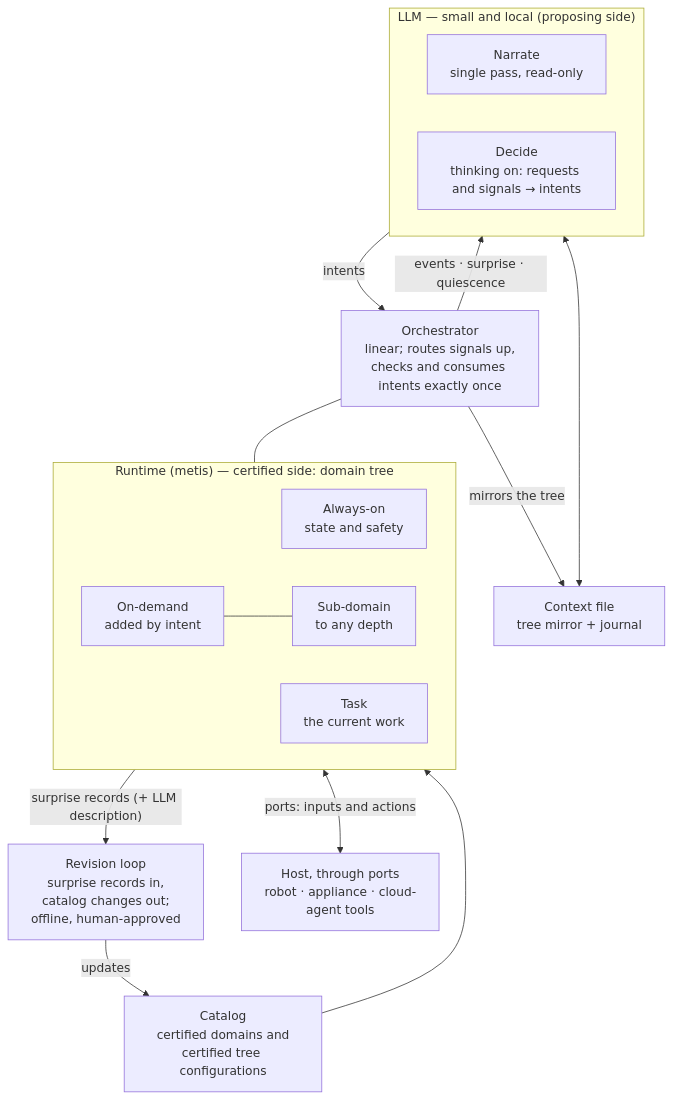
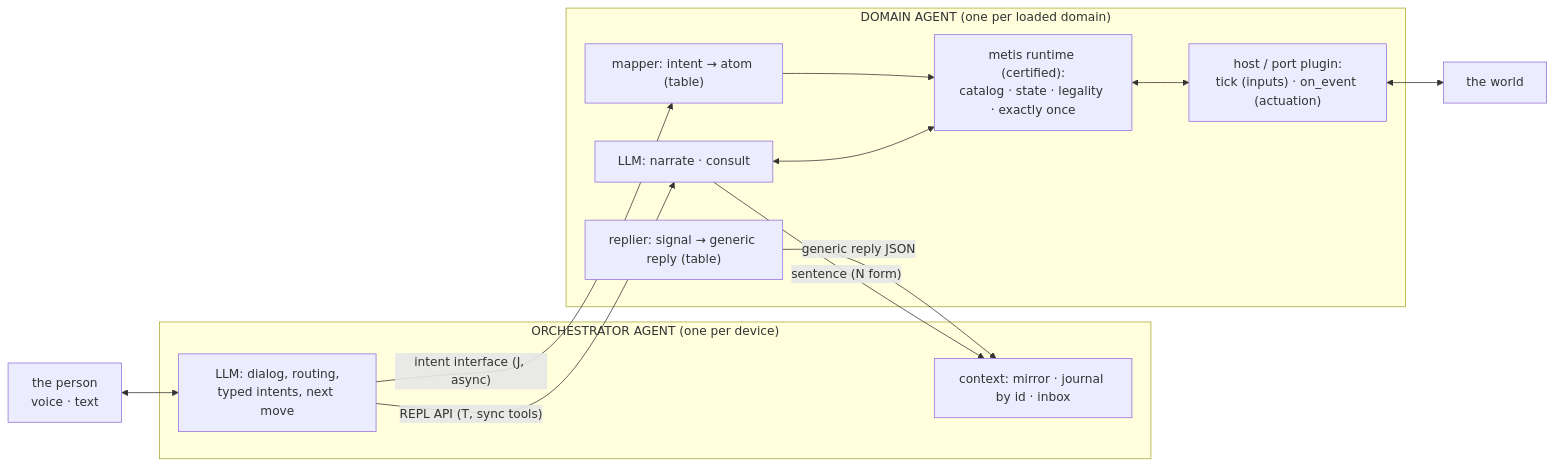
One commit to metis-lang-dev/metis-agent changed the diagram in docs/DESIGN.md. Above: the diagram before and after it, drawn with Mermaid. The commit also changed other lines of this file, not shown here.

````diff
--- a/docs/DESIGN.md
+++ b/docs/DESIGN.md
@@ -45,29 +54,25 @@
 ```mermaid
-flowchart TB
-    subgraph LLM["LLM — small and local (proposing side)"]
-        N["Narrate<br/>single pass, read-only"]
-        D["Decide<br/>thinking on: requests and signals → intents"]
+flowchart LR
+    P["the person<br/>voice · text"]
+    subgraph O["ORCHESTRATOR AGENT (one per device)"]
+        OL["LLM: dialog, routing,<br/>typed intents, next move"]
+        OC["context: mirror · journal by id · inbox"]
     end
-    CF["Context file<br/>tree mirror + journal"]
-    ORCH["Orchestrator<br/>linear; routes signals up,<br/>checks and consumes intents exactly once"]
-    subgraph RT["Runtime (metis) — certified side: domain tree"]
-        AO["Always-on<br/>state and safety"]
-        TK["Task<br/>the current work"]
-        OD["On-demand<br/>added by intent"]
-        SD["Sub-domain<br/>to any depth"]
-        OD --- SD
+    subgraph D["DOMAIN AGENT (one per loaded domain)"]
+        DL["LLM: narrate · consult"]
+        DM["mapper: intent → atom (table)"]
+        DR["replier: signal → generic reply (table)"]
+        RT["metis runtime (certified):<br/>catalog · state · legality · exactly once"]
+        HP["host / port plugin:<br/>tick (inputs) · on_event (actuation)"]
     end
-    CAT["Catalog<br/>certified domains and<br/>certified tree configurations"]
-    REV["Revision loop<br/>surprise records in,<br/>catalog changes out;<br/>offline, human-approved"]
-    HOST["Host, through ports<br/>robot · appliance · cloud-agent tools"]
-
-    ORCH -- "events · surprise · quiescence" --> LLM
-    LLM -- "intents" --> ORCH
-    ORCH -- "mirrors the tree" --> CF
-    CF <--> LLM
-    ORCH --- RT
-    CAT --> RT
-    RT -- "surprise records (+ LLM description)" --> REV
-    REV -- "updates" --> CAT
-    RT <-- "ports: inputs and actions" --> HOST
+    W["the world"]
+    P <--> OL
+    OL -- "intent interface (J, async)" --> DM
+    OL -- "REPL API (T, sync tools)" --> DL
+    DR -- "generic reply JSON" --> OC
+    DL -- "sentence (N form)" --> OC
+    DM --> RT
+    DL <--> RT
+    RT <--> HP
+    HP <--> W
 ```
````
